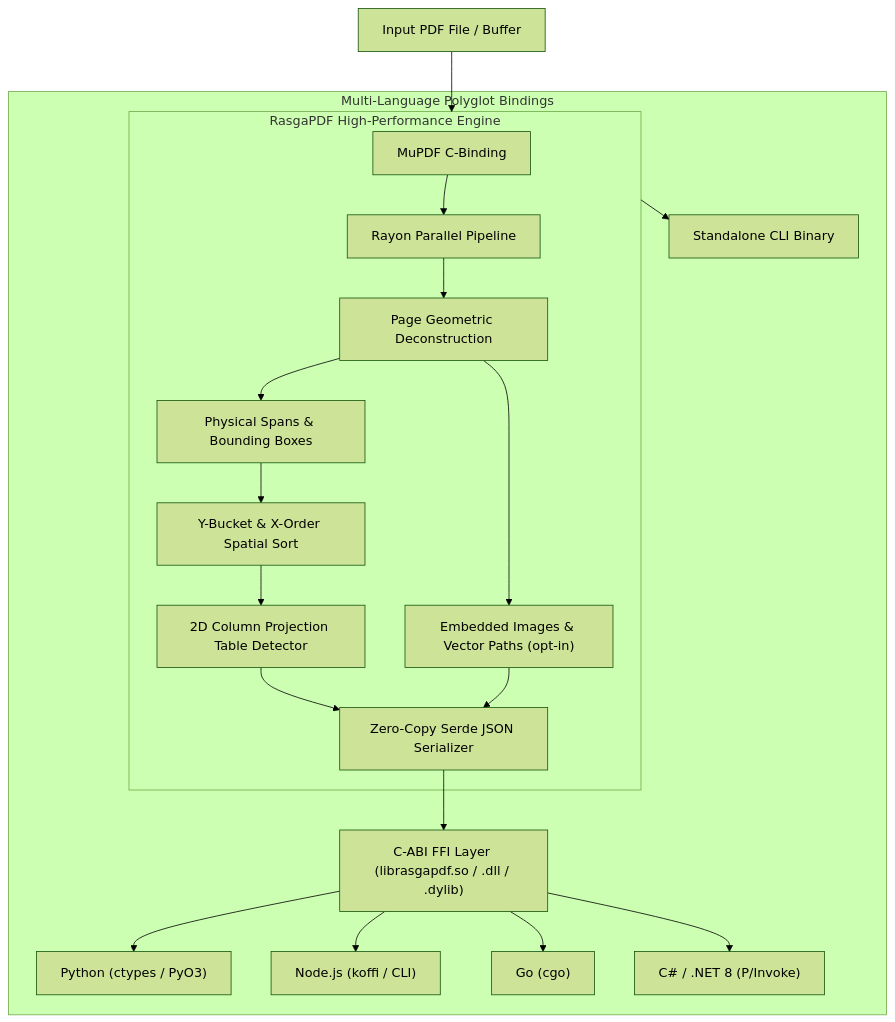
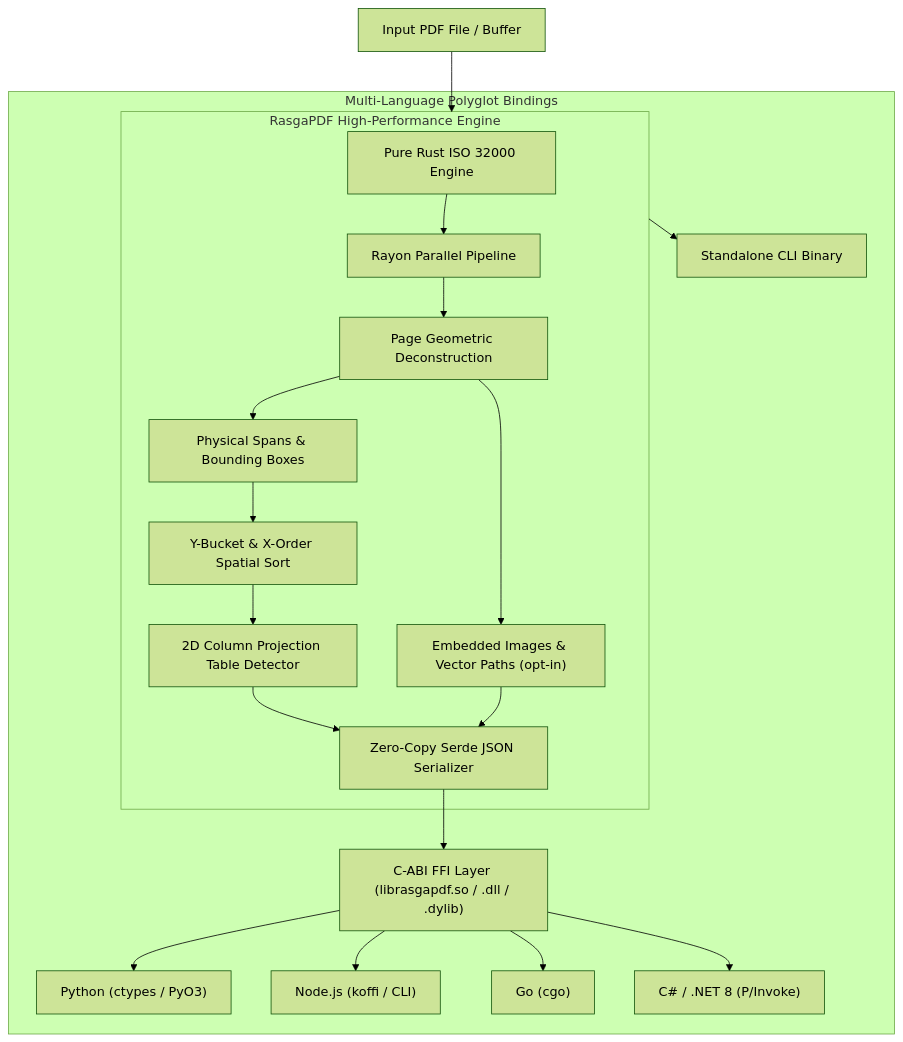
Before and after one commit to MartinsMessias/rasgapdf: the diagram in docs/ARCHITECTURE.md, drawn with Mermaid (forest theme). The commit also changed 33 other files, not shown here.

First line of the commit message:
feat(engine): replace mupdf with pure rust pdf engine v0.3.0

````diff
--- a/docs/ARCHITECTURE.md
+++ b/docs/ARCHITECTURE.md
@@ -9,25 +9,25 @@
 ```mermaid
 flowchart TD
     INPUT["Input PDF File / Buffer"] --> CORE["RasgaPDF Core (Rust)"]
     
     subgraph CORE["RasgaPDF High-Performance Engine"]
-        MUPDF["MuPDF C-Binding"] --> PARALLEL["Rayon Parallel Pipeline"]
+        PURE_RUST["Pure Rust ISO 32000 Engine"] --> PARALLEL["Rayon Parallel Pipeline"]
         PARALLEL --> PAGE_WORKER["Page Geometric Deconstruction"]
         PAGE_WORKER --> SPAN_EXTRACT["Physical Spans & Bounding Boxes"]
         PAGE_WORKER --> GRAPHICS["Embedded Images & Vector Paths (opt-in)"]
         SPAN_EXTRACT --> BUCKET_SORT["Y-Bucket & X-Order Spatial Sort"]
         BUCKET_SORT --> TABLE_DETECTOR["2D Column Projection Table Detector"]
         TABLE_DETECTOR --> SERIALIZER["Zero-Copy Serde JSON Serializer"]
         GRAPHICS --> SERIALIZER
     end
     
     SERIALIZER --> FFI["C-ABI FFI Layer (librasgapdf.so / .dll / .dylib)"]
     
     subgraph BINDINGS["Multi-Language Polyglot Bindings"]
         FFI --> PY["Python (ctypes / PyO3)"]
         FFI --> NODE["Node.js (koffi / CLI)"]
         FFI --> GO["Go (cgo)"]
         FFI --> CS["C# / .NET 8 (P/Invoke)"]
         CORE --> CLI["Standalone CLI Binary"]
     end
 ```
````
